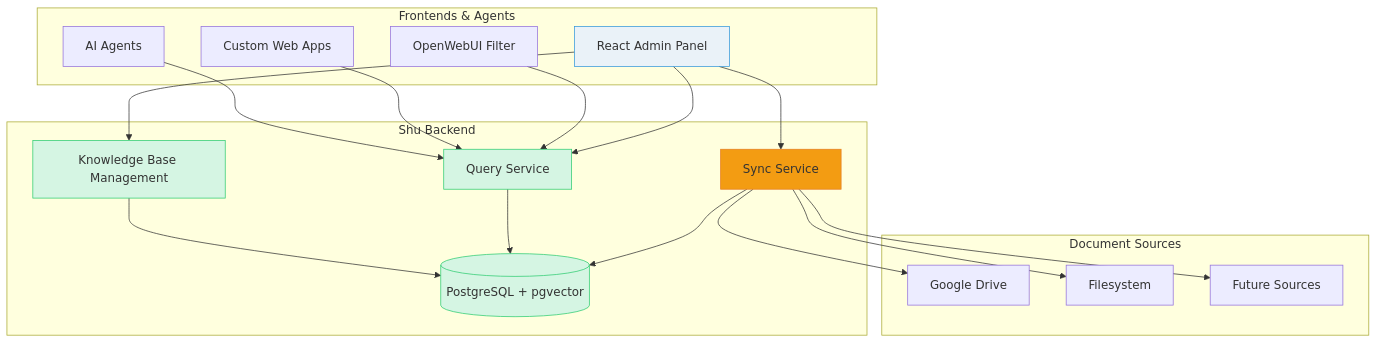
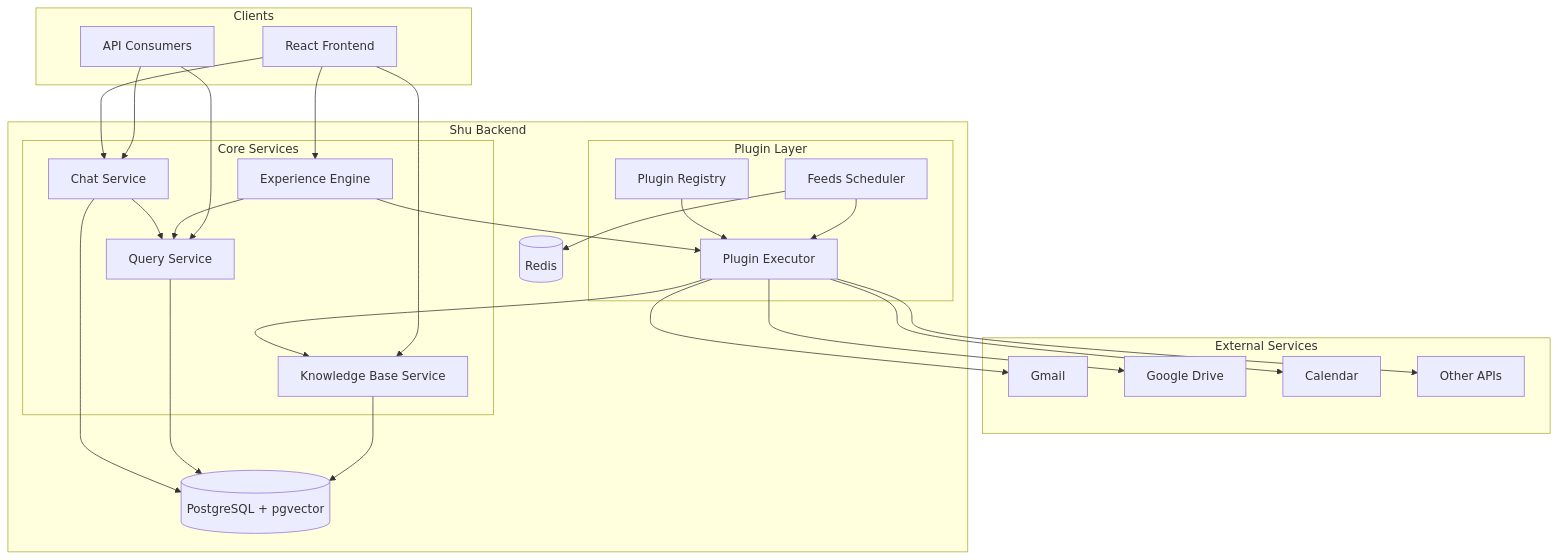
Before and after one commit to Open-Shu/shu: the diagram in README.md, drawn with Mermaid. The commit also changed other lines of this file and 8 other files, not shown here.

Commit message:
docs: Update document architecture and features for current system state

````diff
--- a/README.md
+++ b/README.md
@@ -51,42 +47,53 @@
 ```mermaid
 graph TD
-    subgraph "Document Sources"
-        A[Google Drive]
-        B[Filesystem]
-        C[Future Sources]
+    subgraph "External Services"
+        A[Gmail]
+        B[Google Drive]
+        C[Calendar]
+        D[Other APIs]
     end
 
     subgraph "Shu Backend"
-        D[Sync Service]
-        E[Query Service]
-        F[Knowledge Base Management]
-        G[(PostgreSQL + pgvector)]
+        subgraph "Plugin Layer"
+            E[Plugin Registry]
+            F[Plugin Executor]
+            G[Feeds Scheduler]
+        end
 
-        D --> A
-        D --> B
-        D --> C
-        D --> G
-        E --> G
-        F --> G
+        subgraph "Core Services"
+            H[Chat Service]
+            I[Query Service]
+            J[Experience Engine]
+            K[Knowledge Base Service]
+        end
+
+        L[(PostgreSQL + pgvector)]
+        M[(Redis)]
+
+        E --> F
+        G --> F
+        F --> A
+        F --> B
+        F --> C
+        F --> D
+        F --> K
+        H --> I
+        H --> L
+        I --> L
+        J --> F
+        J --> I
+        K --> L
+        G --> M
     end
 
-    subgraph "Frontends & Agents"
-        H[React Admin Panel]
-        I[OpenWebUI Filter]
-        J[Custom Web Apps]
-        K[AI Agents]
-
-        H --> D
-        H --> E
-        H --> F
-        I --> E
-        J --> E
-        K --> E
+    subgraph "Clients"
+        N[React Frontend]
+        O[API Consumers]
     end
 
-    style D fill:#f39c12,stroke:#e67e22
-    style E fill:#d5f5e3,stroke:#2ecc71
-    style F fill:#d5f5e3,stroke:#2ecc71
-    style G fill:#d5f5e3,stroke:#2ecc71
-    style H fill:#eaf2f8,stroke:#3498db
+    N --> H
+    N --> J
+    N --> K
+    O --> H
+    O --> I
 ```
````
